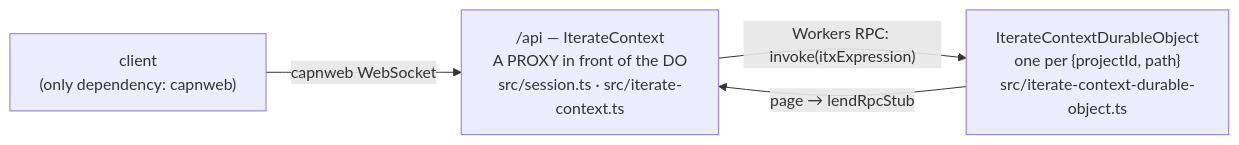
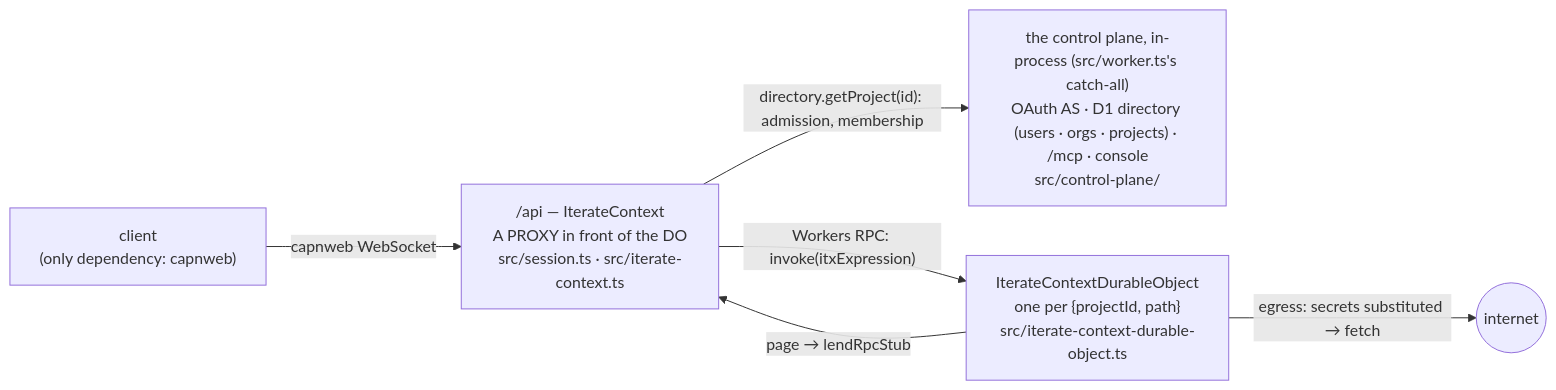
Before and after one commit to iterate/iterate: the diagram in packages/v3/project-worker/docs/itx-surface-as-built.md, drawn with Mermaid. The commit also changed other lines of this file and 36 other files, not shown here.

````diff
--- a/packages/v3/project-worker/docs/itx-surface-as-built.md
+++ b/packages/v3/project-worker/docs/itx-surface-as-built.md
@@ -17,9 +19,12 @@
 ```mermaid
 flowchart LR
   client["client<br/>(only dependency: capnweb)"]
   edge["/api — IterateContext<br/>A PROXY in front of the DO<br/>src/session.ts · src/iterate-context.ts"]
+  cp["the control plane, in-process (src/worker.ts's catch-all)<br/>OAuth AS · D1 directory (users · orgs · projects) · /mcp · console<br/>src/control-plane/"]
   do["IterateContextDurableObject<br/>one per {projectId, path}<br/>src/iterate-context-durable-object.ts"]
   client -- "capnweb WebSocket" --> edge
+  edge -- "directory.getProject(id): admission, membership" --> cp
   edge -- "Workers RPC: invoke(itxExpression)" --> do
   do -- "page → lendRpcStub" --> edge
+  do -- "egress: secrets substituted → fetch" --> internet(("internet"))
 ```
````
